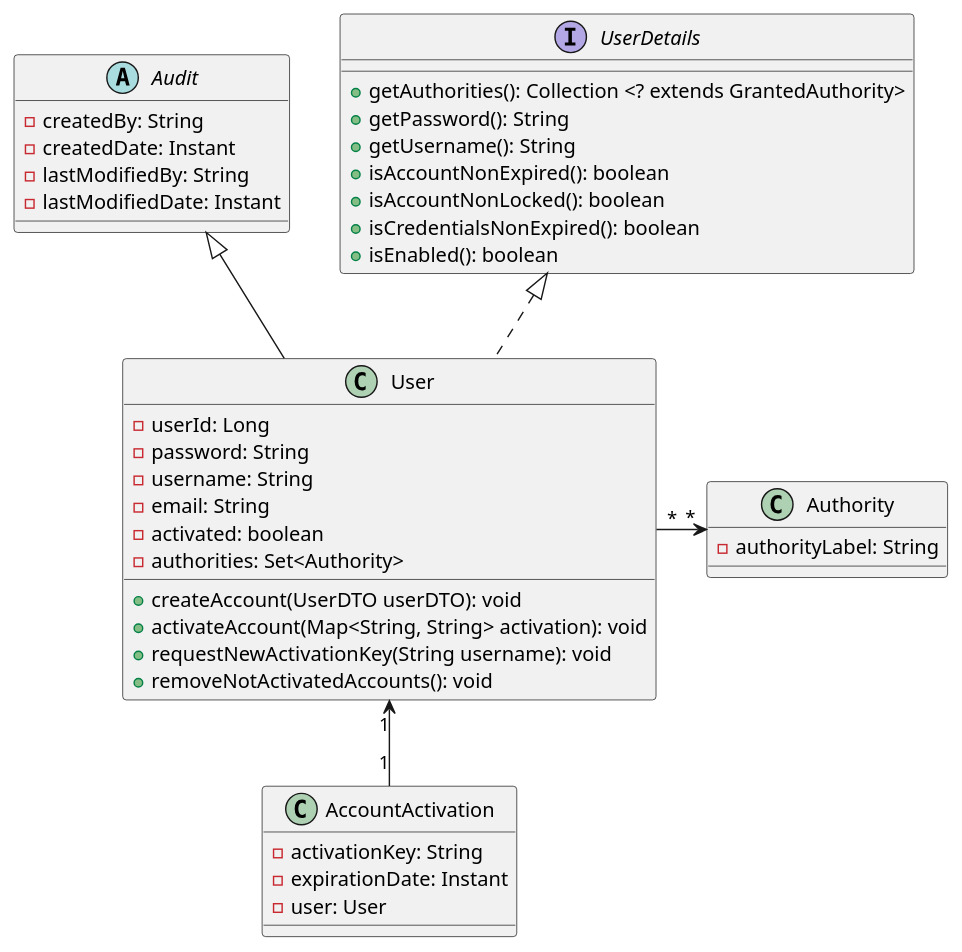
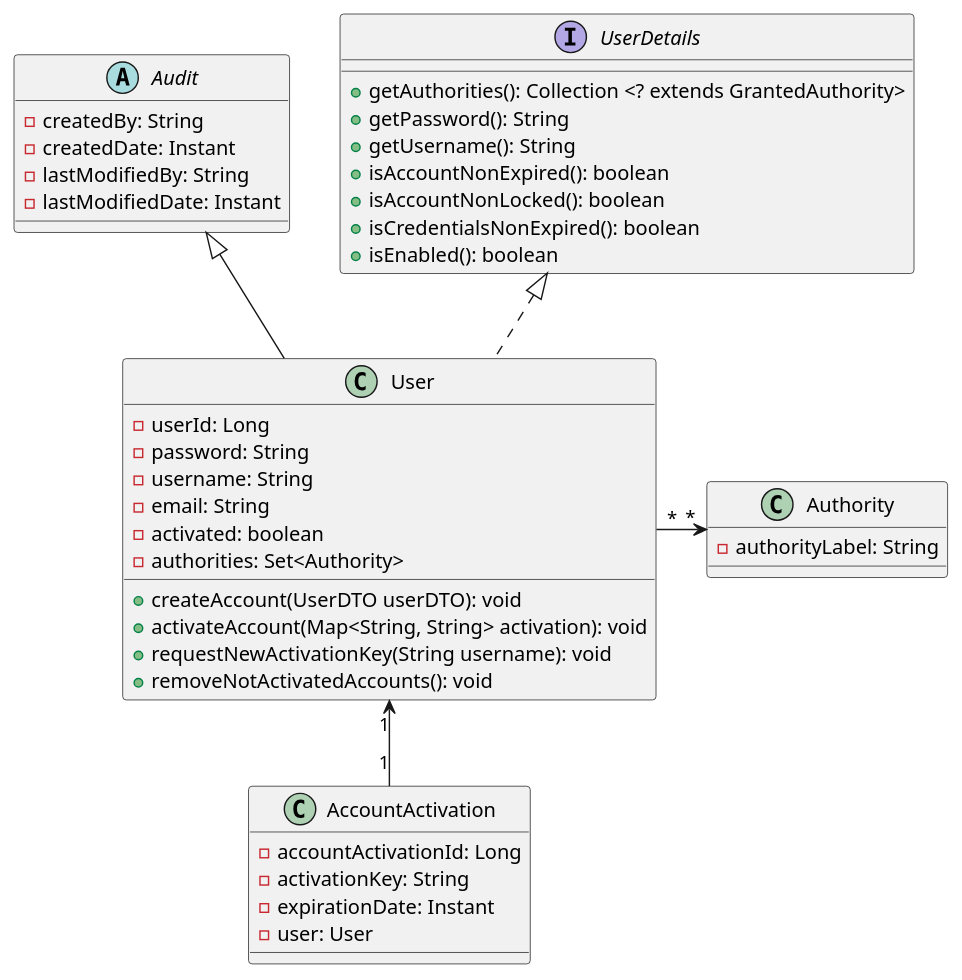
The diagram in usecases-diagramclasses/diagram-class.puml (fatimabenzaoui/auth-springboot), drawn with PlantUML before and after one commit. The commit also changed 10 other files, not shown here.

```diff
--- a/usecases-diagramclasses/diagram-class.puml
+++ b/usecases-diagramclasses/diagram-class.puml
@@ -1,49 +1,50 @@
 @startuml shopclassdiagram
 
 User "*" -right-> "*" Authority
 User "1" <-down- "1" AccountActivation
 
 abstract class Audit {
     - createdBy: String
     - createdDate: Instant
     - lastModifiedBy: String
     - lastModifiedDate: Instant
 }
 
 interface UserDetails {
     + getAuthorities(): Collection <? extends GrantedAuthority>
     + getPassword(): String
     + getUsername(): String
     + isAccountNonExpired(): boolean
     + isAccountNonLocked(): boolean
     + isCredentialsNonExpired(): boolean
     + isEnabled(): boolean
 }
 
 class User extends Audit
 class User implements UserDetails
 class User {
     - userId: Long
     - password: String
     - username: String  
     - email: String
     - activated: boolean
     - authorities: Set<Authority>
 
     + createAccount(UserDTO userDTO): void
     + activateAccount(Map<String, String> activation): void
     + requestNewActivationKey(String username): void
     + removeNotActivatedAccounts(): void
 }
 
 class Authority {
     - authorityLabel: String
 }
 
 class AccountActivation {
+    - accountActivationId: Long
     - activationKey: String
     - expirationDate: Instant
     - user: User
 }
 
 @enduml
```
